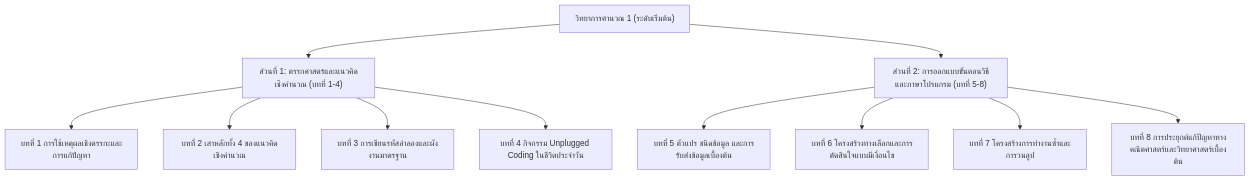
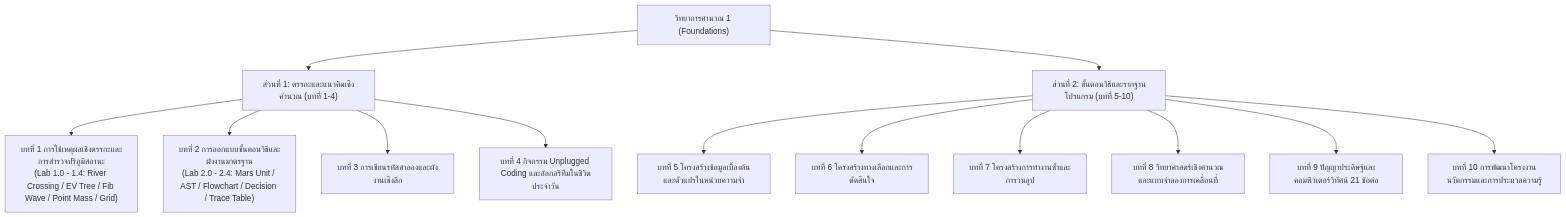
The diagram in book1_computing_science_foundations.md (Tsanaphy2023/computing-science), drawn with Mermaid before and after one commit. The commit also changed other lines of this file and 7 other files, not shown here.

````diff
--- a/book1_computing_science_foundations.md
+++ b/book1_computing_science_foundations.md
@@ -17,15 +42,19 @@
 ```mermaid
 graph TD
-    A["วิทยาการคำนวณ 1 (ระดับเริ่มต้น)"] --> B["ส่วนที่ 1: ตรรกศาสตร์และแนวคิดเชิงคำนวณ (บทที่ 1-4)"]
-    A --> C["ส่วนที่ 2: การออกแบบขั้นตอนวิธีและภาษาโปรแกรม (บทที่ 5-8)"]
+    B1["วิทยาการคำนวณ 1 (Foundations)"] --> P1["ส่วนที่ 1: ตรรกะและแนวคิดเชิงคำนวณ (บทที่ 1-4)"]
+    B1 --> P2["ส่วนที่ 2: ขั้นตอนวิธีและรากฐานโปรแกรม (บทที่ 5-10)"]
     
-    B --> B1["บทที่ 1 การใช้เหตุผลเชิงตรรกะและการแก้ปัญหา"]
-    B --> B2["บทที่ 2 เสาหลักทั้ง 4 ของแนวคิดเชิงคำนวณ"]
-    B --> B3["บทที่ 3 การเขียนรหัสลำลองและผังงานมาตรฐาน"]
-    B --> B4["บทที่ 4 กิจกรรม Unplugged Coding ในชีวิตประจำวัน"]
+    P1 --> C1["บทที่ 1 การใช้เหตุผลเชิงตรรกะและการสำรวจปริภูมิสถานะ
+(Lab 1.0 - 1.4: River Crossing / EV Tree / Fib Wave / Point Mass / Grid)"]
+    P1 --> C2["บทที่ 2 การออกแบบขั้นตอนวิธีและผังงานมาตรฐาน
+(Lab 2.0 - 2.4: Mars Unit / AST / Flowchart / Decision / Trace Table)"]
+    P1 --> C3["บทที่ 3 การเขียนรหัสลำลองและผังงานเชิงลึก"]
+    P1 --> C4["บทที่ 4 กิจกรรม Unplugged Coding และอัลกอริทึมในชีวิตประจำวัน"]
     
-    C --> C1["บทที่ 5 ตัวแปร ชนิดข้อมูล และการรับส่งข้อมูลเบื้องต้น"]
-    C --> C2["บทที่ 6 โครงสร้างทางเลือกและการตัดสินใจแบบมีเงื่อนไข"]
-    C --> C3["บทที่ 7 โครงสร้างการทำงานซ้ำและการวนลูป"]
-    C --> C4["บทที่ 8 การประยุกต์แก้ปัญหาทางคณิตศาสตร์และวิทยาศาสตร์เบื้องต้น"]
+    P2 --> C5["บทที่ 5 โครงสร้างข้อมูลเบื้องต้นและตัวแปรในหน่วยความจำ"]
+    P2 --> C6["บทที่ 6 โครงสร้างทางเลือกและการตัดสินใจ"]
+    P2 --> C7["บทที่ 7 โครงสร้างการทำงานซ้ำและการวนลูป"]
+    P2 --> C8["บทที่ 8 วิทยาศาสตร์เชิงคำนวณและแบบจำลองการเคลื่อนที่"]
+    P2 --> C9["บทที่ 9 ปัญญาประดิษฐ์และคอมพิวเตอร์วิทัศน์ 21 ข้อต่อ"]
+    P2 --> C10["บทที่ 10 การพัฒนาโครงงานนวัตกรรมและการประมวลความรู้"]
 ```
````
